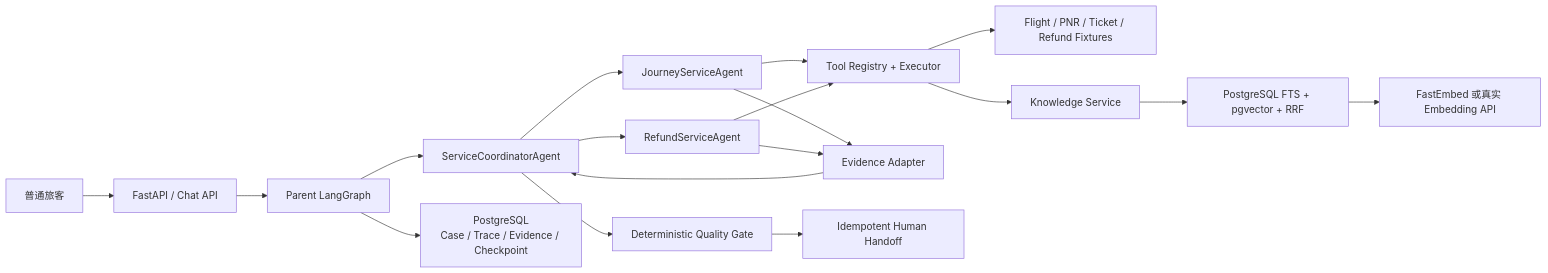
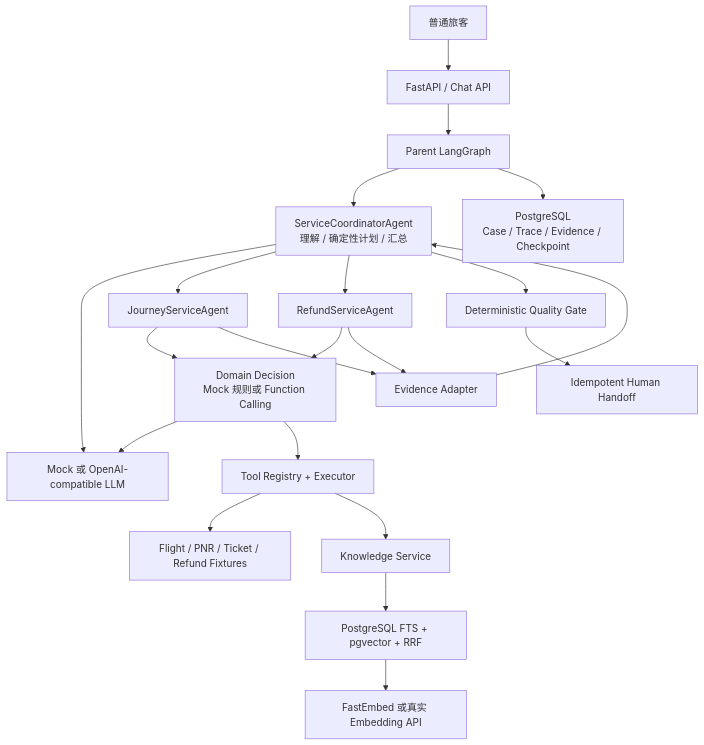
The first of 4 diagrams in docs/DESIGN.md (Dove-tech/echomind-airline-mvp), drawn with Mermaid before and after one commit. The commit also changed other lines of this file and 4 other files, not shown here.

First line of the commit message:
docs: 完善意图识别、跨轮记忆与完整流程设计

````diff
--- a/docs/DESIGN.md
+++ b/docs/DESIGN.md
@@ -76,20 +97,23 @@
 ```mermaid
-flowchart LR
+flowchart TB
     U["普通旅客"] --> API["FastAPI / Chat API"]
     API --> P["Parent LangGraph"]
-    P --> C["ServiceCoordinatorAgent"]
+    P --> C["ServiceCoordinatorAgent<br/>理解 / 确定性计划 / 汇总"]
+    C --> LLM["Mock 或 OpenAI-compatible LLM"]
     C --> J["JourneyServiceAgent"]
     C --> R["RefundServiceAgent"]
-    J --> TR["Tool Registry + Executor"]
-    R --> TR
+    J --> DEC["Domain Decision<br/>Mock 规则或 Function Calling"]
+    R --> DEC
+    DEC --> LLM
+    DEC --> TR["Tool Registry + Executor"]
     TR --> SO["Flight / PNR / Ticket / Refund Fixtures"]
     TR --> KS["Knowledge Service"]
     KS --> PGV["PostgreSQL FTS + pgvector + RRF"]
     PGV --> EM["FastEmbed 或真实 Embedding API"]
     J --> EV["Evidence Adapter"]
     R --> EV
     EV --> C
     C --> Q["Deterministic Quality Gate"]
     Q --> H["Idempotent Human Handoff"]
     P --> DB["PostgreSQL<br/>Case / Trace / Evidence / Checkpoint"]
 ```
````
